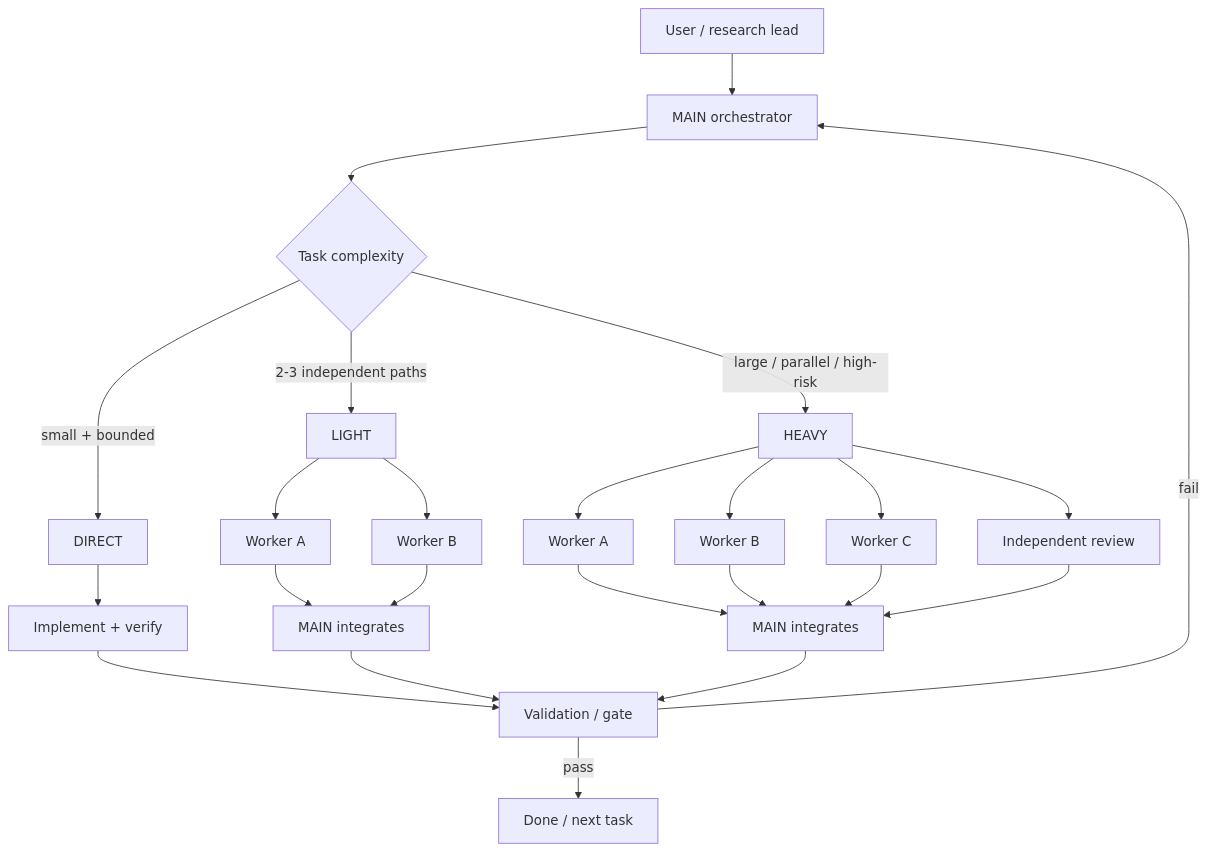
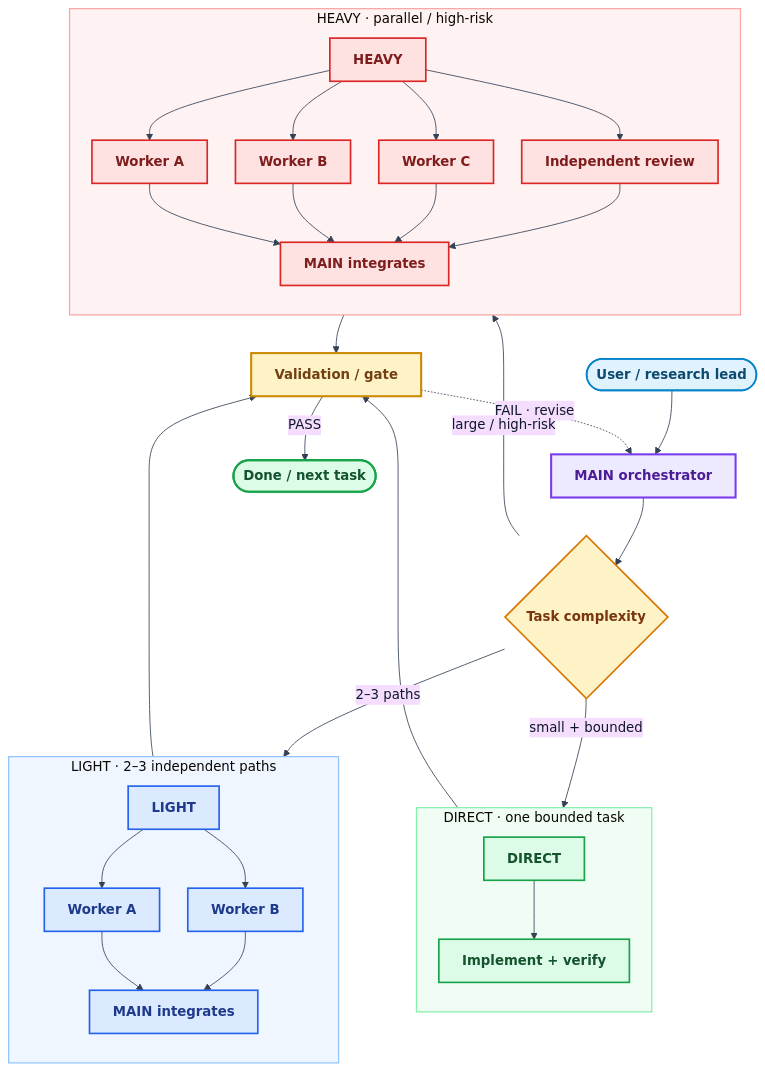
Before and after one commit to samindriano/codex-orchestra: the first of 3 diagrams in README.md, drawn with Mermaid. The commit also changed other lines of this file, not shown here.

Commit message:
docs: polish orchestra diagrams with styled Mermaid

````diff
--- a/README.md
+++ b/README.md
@@ -15,31 +15,75 @@
 ```mermaid
-flowchart TD
-    U[User / research lead] --> M[MAIN orchestrator]
+%%{init: {"theme":"base","themeVariables":{"background":"#ffffff","primaryTextColor":"#0f172a","lineColor":"#334155","fontFamily":"Inter, ui-sans-serif, system-ui, sans-serif","fontSize":"16px","clusterBkg":"#ffffff","clusterBorder":"#cbd5e1"},"flowchart":{"curve":"basis","nodeSpacing":34,"rankSpacing":46,"padding":14}}}%%
+flowchart TB
+    U([User / research lead]) --> M[MAIN orchestrator]
     M --> D{Task complexity}
 
-    D -->|small + bounded| DIRECT[DIRECT]
-    D -->|2-3 independent paths| LIGHT[LIGHT]
-    D -->|large / parallel / high-risk| HEAVY[HEAVY]
+    subgraph SD[DIRECT · one bounded task]
+        direction TB
+        DIRECT[DIRECT]
+        I[Implement + verify]
+        DIRECT --> I
+    end
 
-    DIRECT --> I[Implement + verify]
+    subgraph SL[LIGHT · 2–3 independent paths]
+        direction TB
+        LIGHT[LIGHT]
+        W1[Worker A]
+        W2[Worker B]
+        INT[MAIN integrates]
+        LIGHT --> W1
+        LIGHT --> W2
+        W1 --> INT
+        W2 --> INT
+    end
 
-    LIGHT --> W1[Worker A]
-    LIGHT --> W2[Worker B]
-    W1 --> INT[MAIN integrates]
-    W2 --> INT
+    subgraph SH[HEAVY · parallel / high-risk]
+        direction TB
+        HEAVY[HEAVY]
+        H1[Worker A]
+        H2[Worker B]
+        H3[Worker C]
+        H4[Independent review]
+        HINT[MAIN integrates]
+        HEAVY --> H1
+        HEAVY --> H2
+        HEAVY --> H3
+        HEAVY --> H4
+        H1 --> HINT
+        H2 --> HINT
+        H3 --> HINT
+        H4 --> HINT
+    end
 
-    HEAVY --> H1[Worker A]
-    HEAVY --> H2[Worker B]
-    HEAVY --> H3[Worker C]
-    HEAVY --> H4[Independent review]
-    H1 --> HINT[MAIN integrates]
-    H2 --> HINT
-    H3 --> HINT
-    H4 --> HINT
+    D -->|small + bounded| DIRECT
+    D -->|2–3 paths| LIGHT
+    D -->|large / high-risk| HEAVY
 
     I --> G[Validation / gate]
     INT --> G
     HINT --> G
-    G -->|pass| DONE[Done / next task]
-    G -->|fail| M
+    G -->|PASS| DONE([Done / next task])
+    G -.->|FAIL · revise| M
+
+    classDef user fill:#e0f2fe,stroke:#0284c7,stroke-width:2px,color:#0c4a6e,font-weight:700;
+    classDef main fill:#ede9fe,stroke:#7c3aed,stroke-width:2.5px,color:#4c1d95,font-weight:800;
+    classDef decision fill:#fef3c7,stroke:#d97706,stroke-width:2px,color:#78350f,font-weight:700;
+    classDef direct fill:#dcfce7,stroke:#16a34a,stroke-width:2px,color:#14532d,font-weight:700;
+    classDef light fill:#dbeafe,stroke:#2563eb,stroke-width:2px,color:#1e3a8a,font-weight:700;
+    classDef heavy fill:#fee2e2,stroke:#dc2626,stroke-width:2px,color:#7f1d1d,font-weight:700;
+    classDef gate fill:#fef3c7,stroke:#ca8a04,stroke-width:2.5px,color:#713f12,font-weight:800;
+    classDef done fill:#dcfce7,stroke:#16a34a,stroke-width:2.5px,color:#14532d,font-weight:800;
+
+    class U user;
+    class M main;
+    class D decision;
+    class DIRECT,I direct;
+    class LIGHT,W1,W2,INT light;
+    class HEAVY,H1,H2,H3,H4,HINT heavy;
+    class G gate;
+    class DONE done;
+
+    style SD fill:#f0fdf4,stroke:#86efac,stroke-width:1.5px
+    style SL fill:#eff6ff,stroke:#93c5fd,stroke-width:1.5px
+    style SH fill:#fef2f2,stroke:#fca5a5,stroke-width:1.5px
 ```
````
